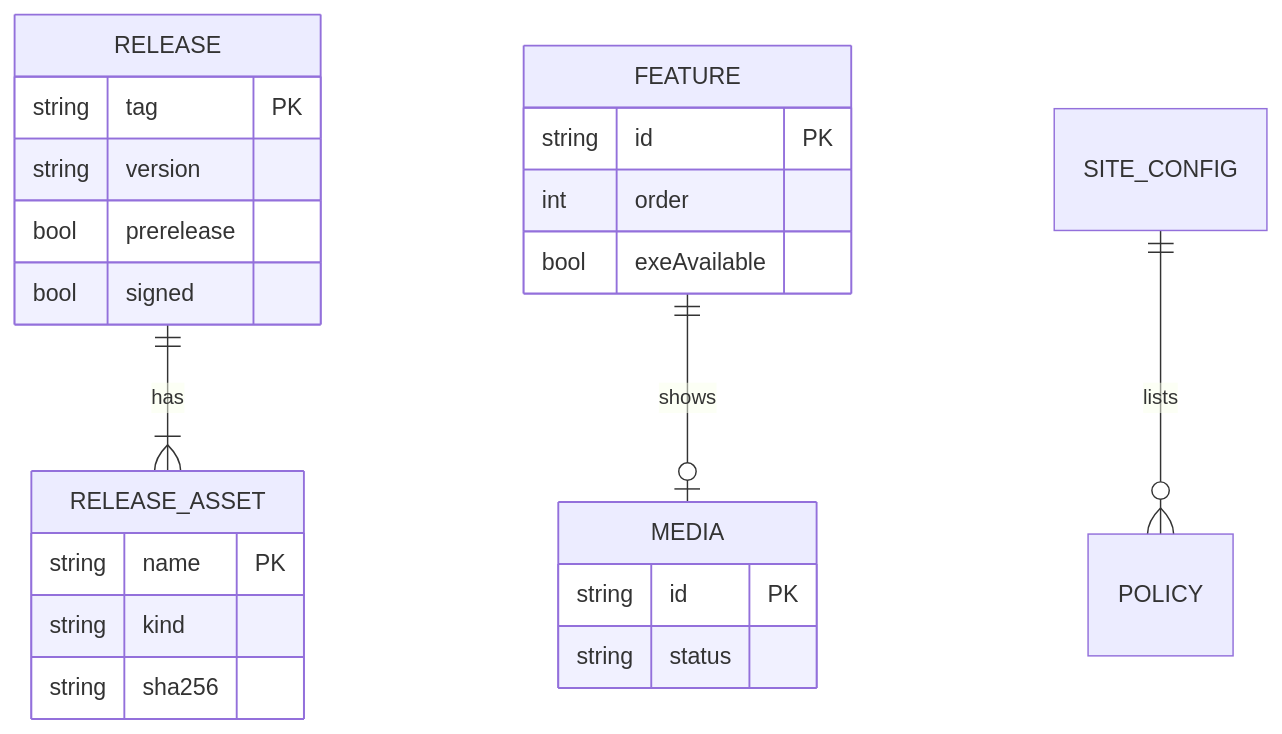
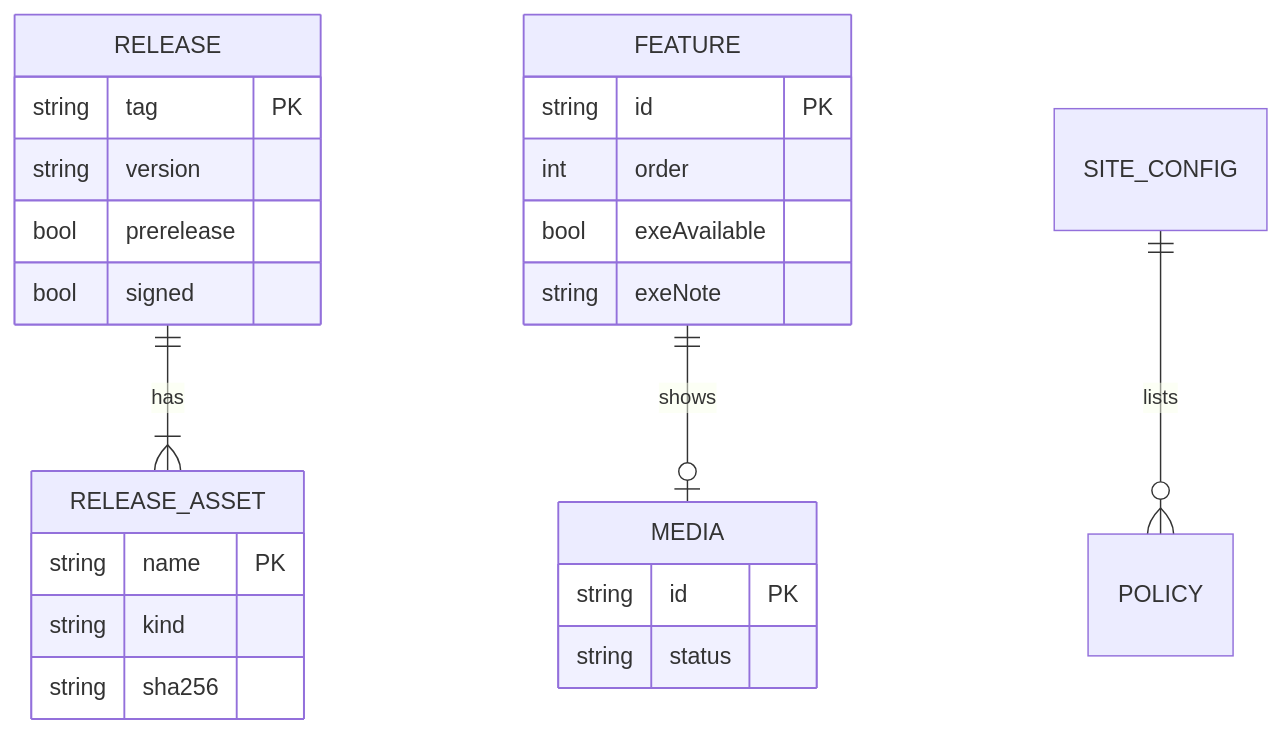
One commit to itiwoja/DC-Designer changed the diagram in docs/design/08_database.md. Above: the diagram before and after it, drawn with Mermaid. The commit also changed other lines of this file and 14 other files, not shown here.

````diff
--- a/docs/design/08_database.md
+++ b/docs/design/08_database.md
@@ -13,26 +13,27 @@
 ```mermaid
 erDiagram
   RELEASE ||--|{ RELEASE_ASSET : has
   FEATURE ||--o| MEDIA : shows
   SITE_CONFIG ||--o{ POLICY : lists
   RELEASE {
     string tag PK
     string version
     bool prerelease
     bool signed
   }
   RELEASE_ASSET {
     string name PK
     string kind
     string sha256
   }
   FEATURE {
     string id PK
     int order
     bool exeAvailable
+    string exeNote
   }
   MEDIA {
     string id PK
     string status
   }
 ```
````
